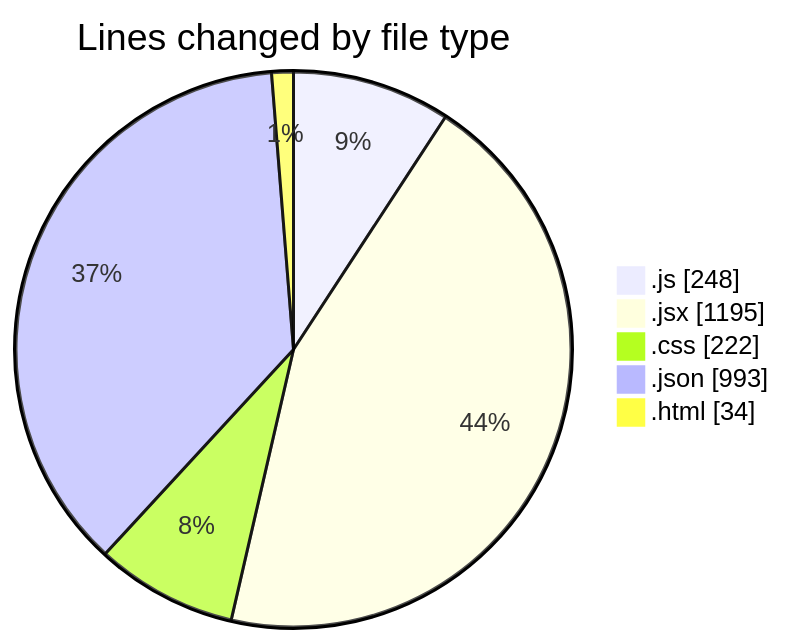
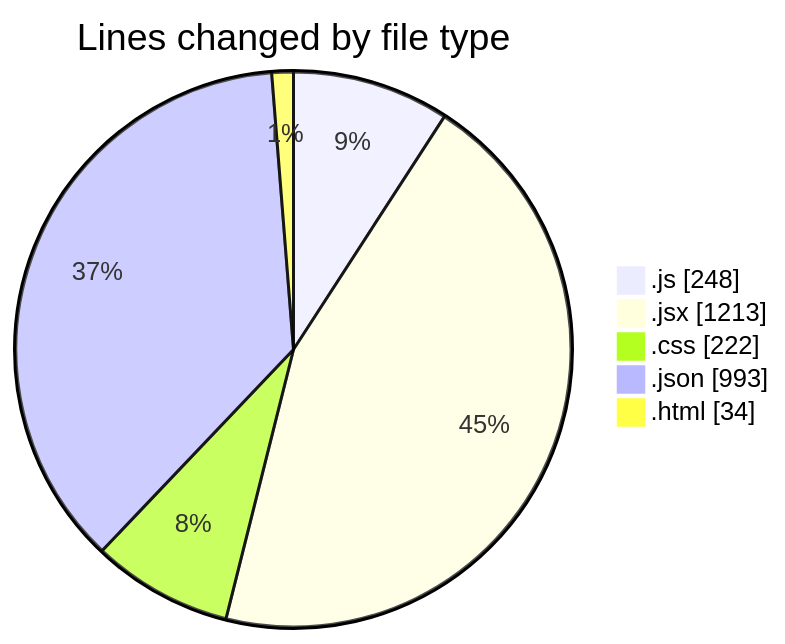
One commit to Ritupan-Deka/code-tracking changed the first of 2 diagrams in 2025-07-01/urlwebwalatask/README.md. Above: the diagram before and after it, drawn with Mermaid. The commit also changed other lines of this file and 1 other file, not shown here.

````diff
--- a/2025-07-01/urlwebwalatask/README.md
+++ b/2025-07-01/urlwebwalatask/README.md
@@ -31,9 +31,9 @@
 ```mermaid
 pie showData
 title Lines changed by file type
 ".js" : 248
-".jsx" : 1195
+".jsx" : 1213
 ".css" : 222
 ".json" : 993
 ".html" : 34
 ```
````
